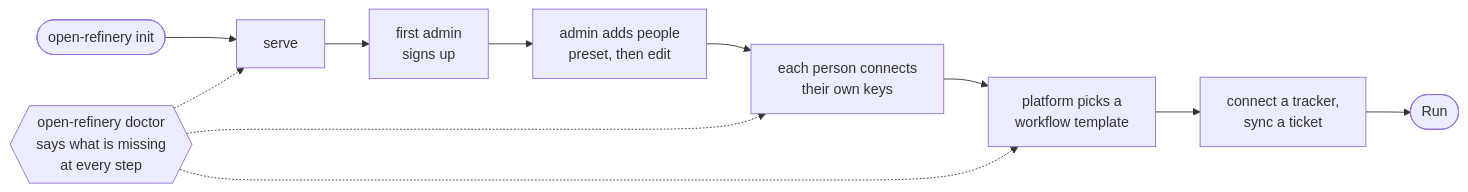
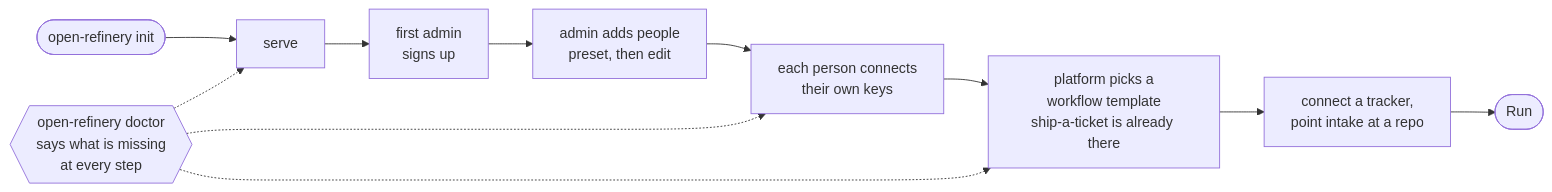
One commit to tacoda/open-refinery changed the fifth of 10 diagrams in docs/FEATURES.md. Above: the diagram before and after it, drawn with Mermaid. The commit also changed other lines of this file and 24 other files, not shown here.

````diff
--- a/docs/FEATURES.md
+++ b/docs/FEATURES.md
@@ -240,12 +243,12 @@
 ```mermaid
 flowchart LR
   I([open-refinery init]) --> S[serve]
   S --> W[first admin<br/>signs up]
   W --> U[admin adds people<br/>preset, then edit]
   U --> C[each person connects<br/>their own keys]
-  C --> P[platform picks a<br/>workflow template]
-  P --> T[connect a tracker,<br/>sync a ticket]
+  C --> P[platform picks a<br/>workflow template<br/>ship-a-ticket is already there]
+  P --> T[connect a tracker,<br/>point intake at a repo]
   T --> R([Run])
 
   D{{open-refinery doctor<br/>says what is missing<br/>at every step}} -.-> S & C & P
 ```
````
